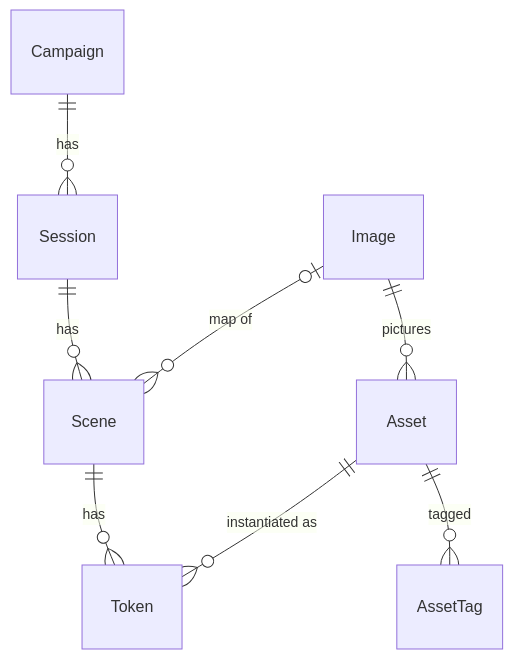
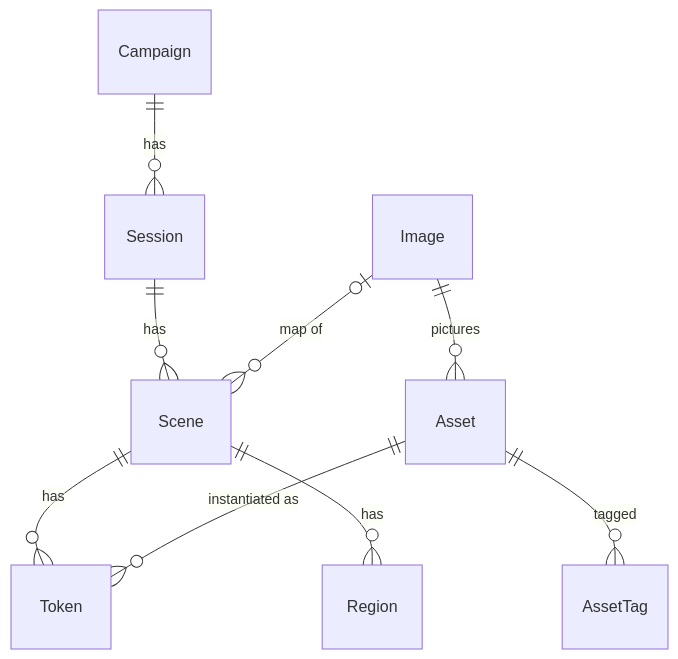
One commit to giorgosroussos/dnd-vtt changed the diagram in specs/03-domain-model.md. Above: the diagram before and after it, drawn with Mermaid. The commit also changed other lines of this file and 57 other files, not shown here.

````diff
--- a/specs/03-domain-model.md
+++ b/specs/03-domain-model.md
@@ -22,10 +23,11 @@
 ```mermaid
 erDiagram
   Campaign ||--o{ Session : has
   Session ||--o{ Scene : has
   Scene ||--o{ Token : has
+  Scene ||--o{ Region : has
   Asset ||--o{ Token : "instantiated as"
   Asset ||--o{ AssetTag : tagged
   Image ||--o{ Asset : pictures
   Image |o--o{ Scene : "map of"
 ```
````
